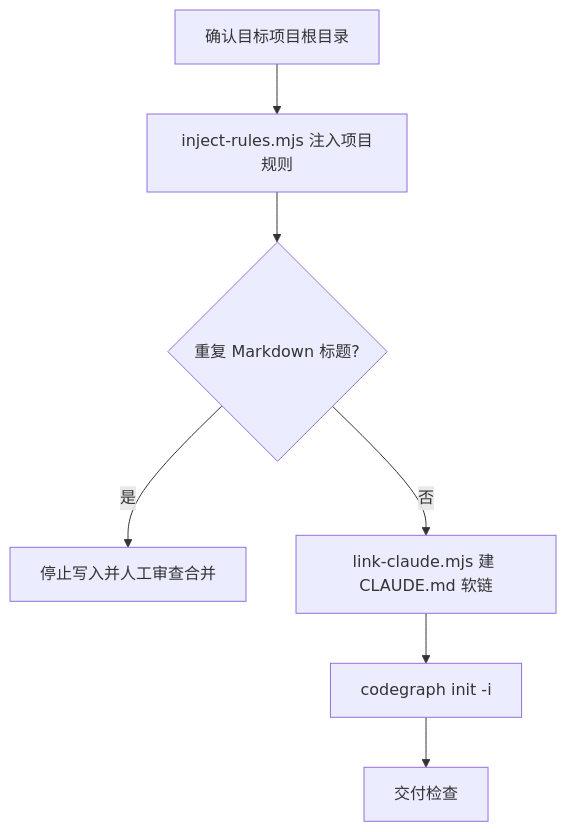
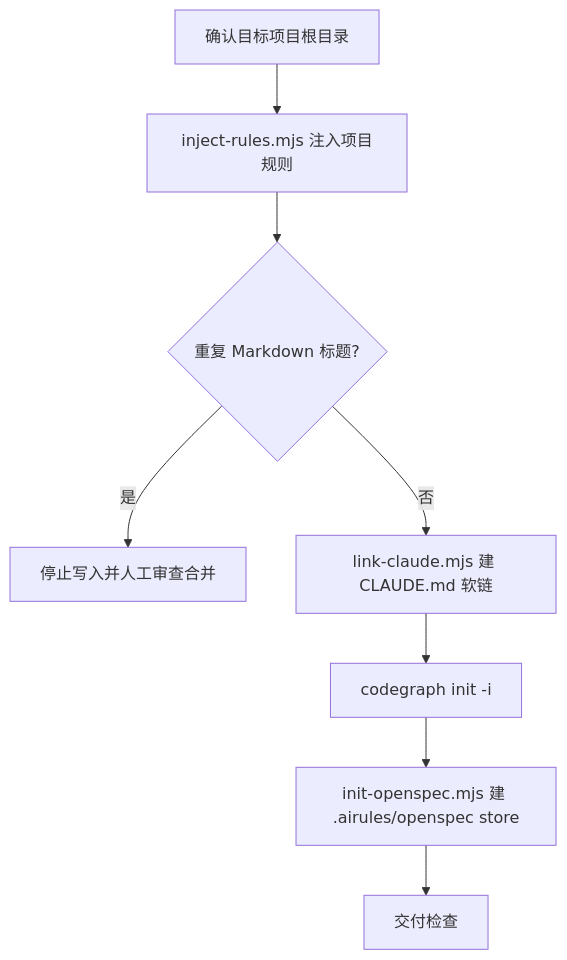
One commit to moluoxixi/AIRules changed the diagram in skills/init-project/SKILL.md. Above: the diagram before and after it, drawn with Mermaid. The commit also changed other lines of this file and 31 other files, not shown here.

````diff
--- a/skills/init-project/SKILL.md
+++ b/skills/init-project/SKILL.md
@@ -28,9 +28,10 @@
 ```mermaid
 flowchart TD
   A[确认目标项目根目录] --> B[inject-rules.mjs 注入项目规则]
   B --> C{重复 Markdown 标题?}
   C -->|是| D[停止写入并人工审查合并]
   C -->|否| E[link-claude.mjs 建 CLAUDE.md 软链]
   E --> F[codegraph init -i]
-  F --> G[交付检查]
+  F --> G[init-openspec.mjs 建 .airules/openspec store]
+  G --> H[交付检查]
 ```
````
